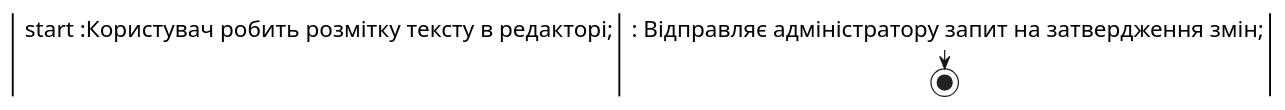
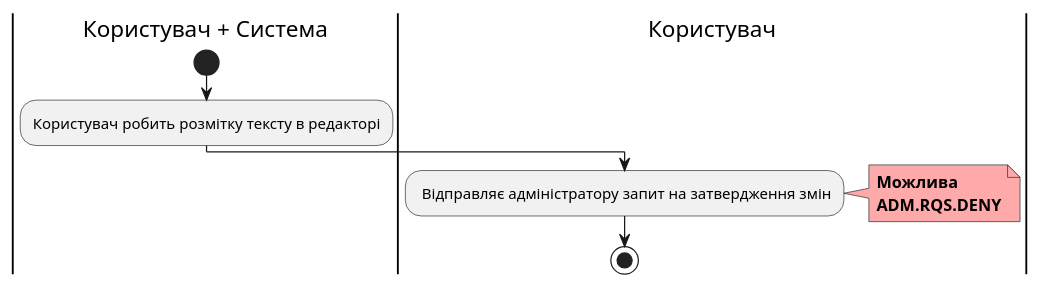
Before and after one commit to m1guelten/edu-db-cw: the ninth of 17 diagrams in docs/use cases/README.md, drawn with PlantUML. The commit also changed other lines of this file, not shown here.

```diff
--- a/docs/use cases/README.md
+++ b/docs/use cases/README.md
@@ -211,15 +286,19 @@
 @startuml
 
-|Користувач + Система| start :Користувач робить розмітку тексту в редакторі;
+|Користувач + Система|
+start
+:Користувач робить розмітку тексту в редакторі;
 
-|Користувач| : Відправляє адміністратору запит на затвердження змін;
+|Користувач|
+: Відправляє адміністратору запит на затвердження змін;
 
-note right #ffaaaa
-<b>Можлива</b>
-<b>ADM.RQS.DENY</b>
-end note
+    note right #ffaaaa
+    <b>Можлива</b>
+    <b>ADM.RQS.DENY</b>
+    end note
 
 
 
-stop;
+    stop;
+
 @enduml
```
